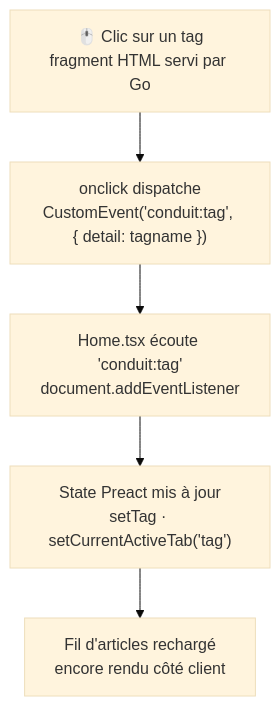
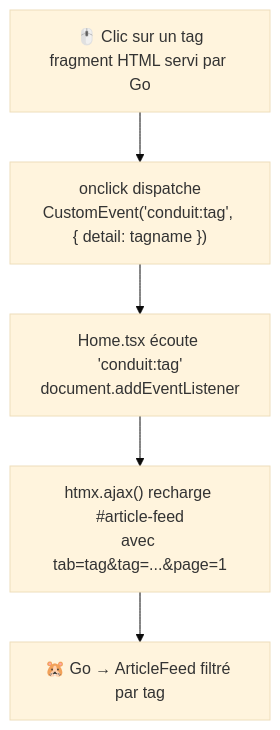
The third of 4 diagrams in README.md (StephaneTrebel/htmx-de-maniere-simplix), drawn with Mermaid (base theme) before and after one commit. The commit also changed other lines of this file and 10 other files, not shown here.

First line of the commit message:
feat: migrate article feed to Go+HTMX self-refreshing fragment (step-02)

````diff
--- a/README.md
+++ b/README.md
@@ -237,10 +311,10 @@
 ```mermaid
 flowchart TD
     A["🖱️ Clic sur un tag\nfragment HTML servi par Go"]
     B["onclick dispatche\nCustomEvent('conduit:tag', { detail: tagname })"]
     C["Home.tsx écoute 'conduit:tag'\ndocument.addEventListener"]
-    D["State Preact mis à jour\nsetTag · setCurrentActiveTab('tag')"]
-    E["Fil d'articles rechargé\nencore rendu côté client"]
+    D["htmx.ajax() recharge #article-feed\navec tab=tag&tag=...&page=1"]
+    E["🐹 Go → ArticleFeed filtré par tag"]
 
     A --> B --> C --> D --> E
 ```
````
